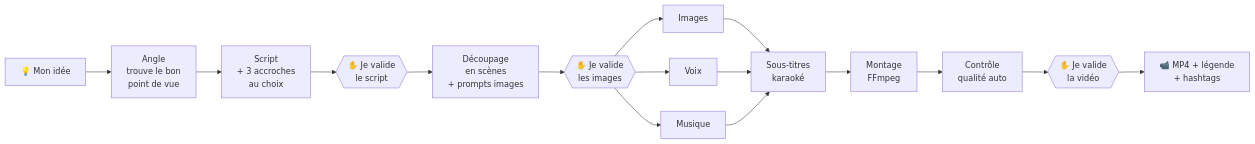
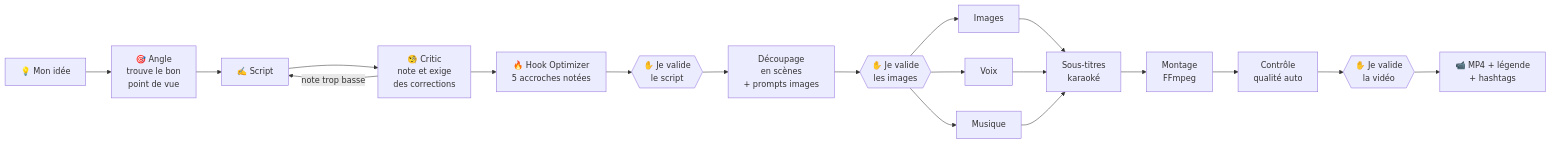
One commit to tmassinissa93260-png/Pronotedz- changed the second of 4 diagrams in docs/01-comment-ca-marche.md. Above: the diagram before and after it, drawn with Mermaid. The commit also changed other lines of this file and 7 other files, not shown here.

````diff
--- a/docs/01-comment-ca-marche.md
+++ b/docs/01-comment-ca-marche.md
@@ -61,14 +61,17 @@
 ```mermaid
 flowchart LR
-    I["💡 Mon idée"] --> A1["Angle<br/>trouve le bon<br/>point de vue"]
-    A1 --> A2["Script<br/>+ 3 accroches<br/>au choix"]
-    A2 --> G1{{"✋ Je valide<br/>le script"}}
+    I["💡 Mon idée"] --> A1["🎯 Angle<br/>trouve le bon<br/>point de vue"]
+    A1 --> A2["✍️ Script"]
+    A2 --> A2b["🧐 Critic<br/>note et exige<br/>des corrections"]
+    A2b -->|"note trop basse"| A2
+    A2b --> A2c["🔥 Hook Optimizer<br/>5 accroches notées"]
+    A2c --> G1{{"✋ Je valide<br/>le script"}}
     G1 --> A3["Découpage<br/>en scènes<br/>+ prompts images"]
     A3 --> G2{{"✋ Je valide<br/>les images"}}
     G2 --> A4["Images"] & A5["Voix"] & A6["Musique"]
     A4 & A5 & A6 --> A7["Sous-titres<br/>karaoké"]
     A7 --> A8["Montage<br/>FFmpeg"]
     A8 --> A9["Contrôle<br/>qualité auto"]
     A9 --> G3{{"✋ Je valide<br/>la vidéo"}}
     G3 --> OUT["📹 MP4 + légende<br/>+ hashtags"]
 ```
````
